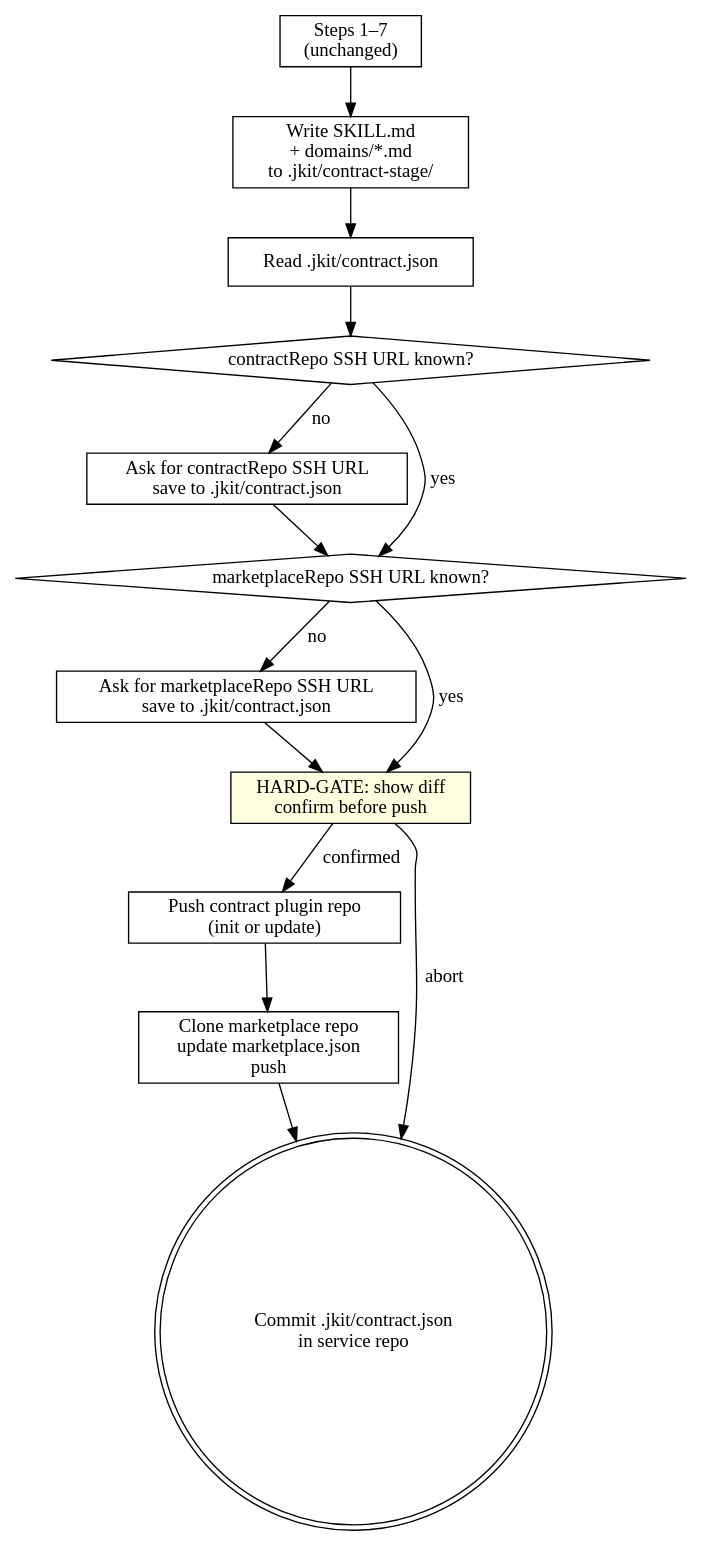
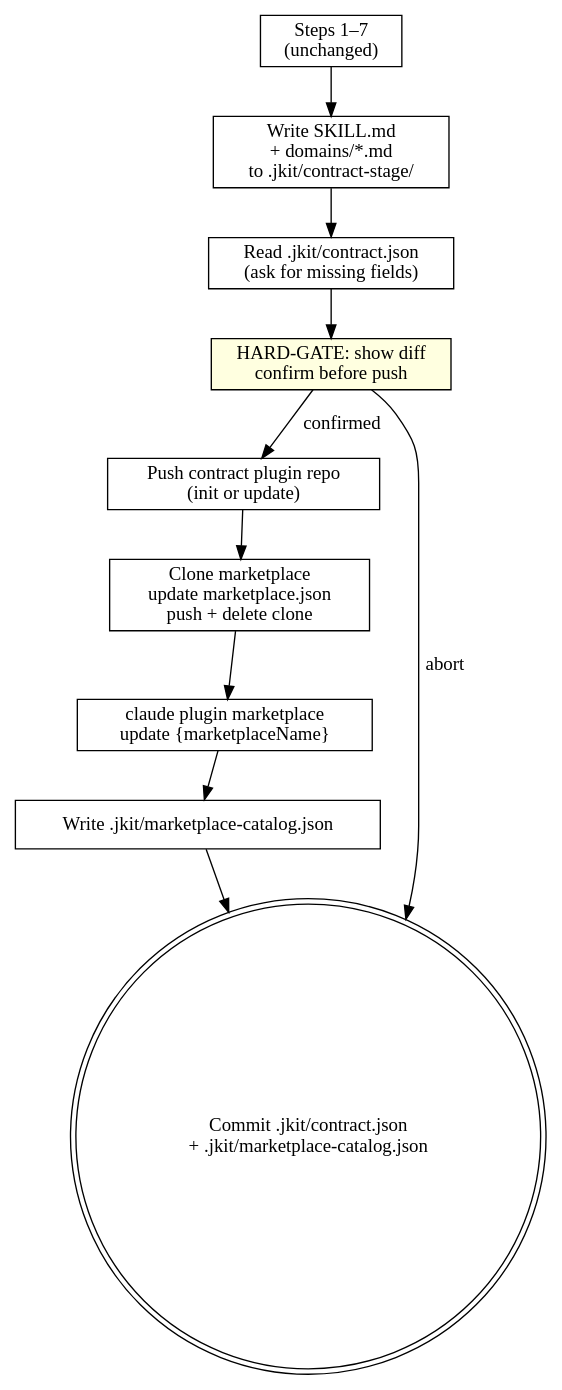
Before and after one commit to honghaowuu/jkit: the first of 3 diagrams in docs/superpowers/specs/2026-04-22-jkit-iter5-service-contract-marketplace.md, drawn with Graphviz. The commit also changed other lines of this file, not shown here.

First line of the commit message:
docs(spec): update iter5 with native plugin commands and session-start hook

````diff
--- a/docs/superpowers/specs/2026-04-22-jkit-iter5-service-contract-marketplace.md
+++ b/docs/superpowers/specs/2026-04-22-jkit-iter5-service-contract-marketplace.md
@@ -251,29 +325,23 @@
 ```dot
 digraph publish_contract_v2 {
     "Steps 1–7\n(unchanged)" [shape=box];
     "Write SKILL.md\n+ domains/*.md\nto .jkit/contract-stage/" [shape=box];
-    "Read .jkit/contract.json" [shape=box];
-    "contractRepo SSH URL known?" [shape=diamond];
-    "Ask for contractRepo SSH URL\nsave to .jkit/contract.json" [shape=box];
-    "marketplaceRepo SSH URL known?" [shape=diamond];
-    "Ask for marketplaceRepo SSH URL\nsave to .jkit/contract.json" [shape=box];
+    "Read .jkit/contract.json\n(ask for missing fields)" [shape=box];
     "HARD-GATE: show diff\nconfirm before push" [shape=box style=filled fillcolor=lightyellow];
     "Push contract plugin repo\n(init or update)" [shape=box];
-    "Clone marketplace repo\nupdate marketplace.json\npush" [shape=box];
-    "Commit .jkit/contract.json\nin service repo" [shape=doublecircle];
+    "Clone marketplace\nupdate marketplace.json\npush + delete clone" [shape=box];
+    "claude plugin marketplace\nupdate {marketplaceName}" [shape=box];
+    "Write .jkit/marketplace-catalog.json" [shape=box];
+    "Commit .jkit/contract.json\n+ .jkit/marketplace-catalog.json" [shape=doublecircle];
 
     "Steps 1–7\n(unchanged)" -> "Write SKILL.md\n+ domains/*.md\nto .jkit/contract-stage/";
-    "Write SKILL.md\n+ domains/*.md\nto .jkit/contract-stage/" -> "Read .jkit/contract.json";
-    "Read .jkit/contract.json" -> "contractRepo SSH URL known?";
-    "contractRepo SSH URL known?" -> "Ask for contractRepo SSH URL\nsave to .jkit/contract.json" [label="no"];
-    "contractRepo SSH URL known?" -> "marketplaceRepo SSH URL known?" [label="yes"];
-    "Ask for contractRepo SSH URL\nsave to .jkit/contract.json" -> "marketplaceRepo SSH URL known?";
-    "marketplaceRepo SSH URL known?" -> "Ask for marketplaceRepo SSH URL\nsave to .jkit/contract.json" [label="no"];
-    "marketplaceRepo SSH URL known?" -> "HARD-GATE: show diff\nconfirm before push" [label="yes"];
-    "Ask for marketplaceRepo SSH URL\nsave to .jkit/contract.json" -> "HARD-GATE: show diff\nconfirm before push";
+    "Write SKILL.md\n+ domains/*.md\nto .jkit/contract-stage/" -> "Read .jkit/contract.json\n(ask for missing fields)";
+    "Read .jkit/contract.json\n(ask for missing fields)" -> "HARD-GATE: show diff\nconfirm before push";
     "HARD-GATE: show diff\nconfirm before push" -> "Push contract plugin repo\n(init or update)" [label="confirmed"];
-    "HARD-GATE: show diff\nconfirm before push" -> "Commit .jkit/contract.json\nin service repo" [label="abort"];
-    "Push contract plugin repo\n(init or update)" -> "Clone marketplace repo\nupdate marketplace.json\npush";
-    "Clone marketplace repo\nupdate marketplace.json\npush" -> "Commit .jkit/contract.json\nin service repo";
+    "HARD-GATE: show diff\nconfirm before push" -> "Commit .jkit/contract.json\n+ .jkit/marketplace-catalog.json" [label="abort"];
+    "Push contract plugin repo\n(init or update)" -> "Clone marketplace\nupdate marketplace.json\npush + delete clone";
+    "Clone marketplace\nupdate marketplace.json\npush + delete clone" -> "claude plugin marketplace\nupdate {marketplaceName}";
+    "claude plugin marketplace\nupdate {marketplaceName}" -> "Write .jkit/marketplace-catalog.json";
+    "Write .jkit/marketplace-catalog.json" -> "Commit .jkit/contract.json\n+ .jkit/marketplace-catalog.json";
 }
 ```
````
